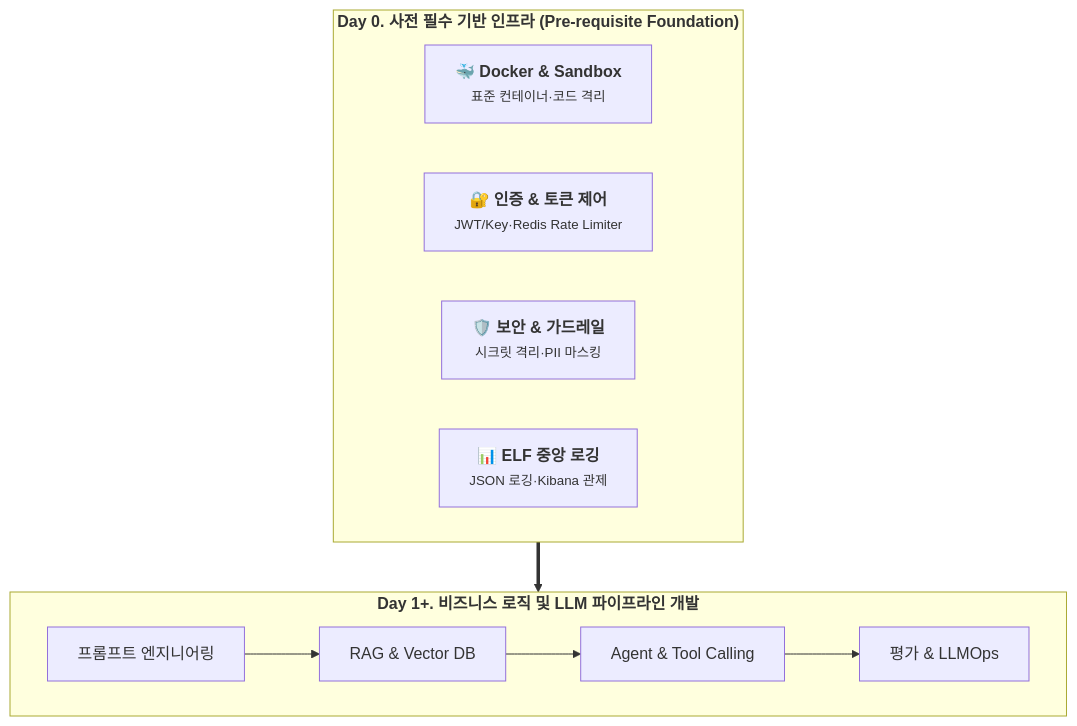
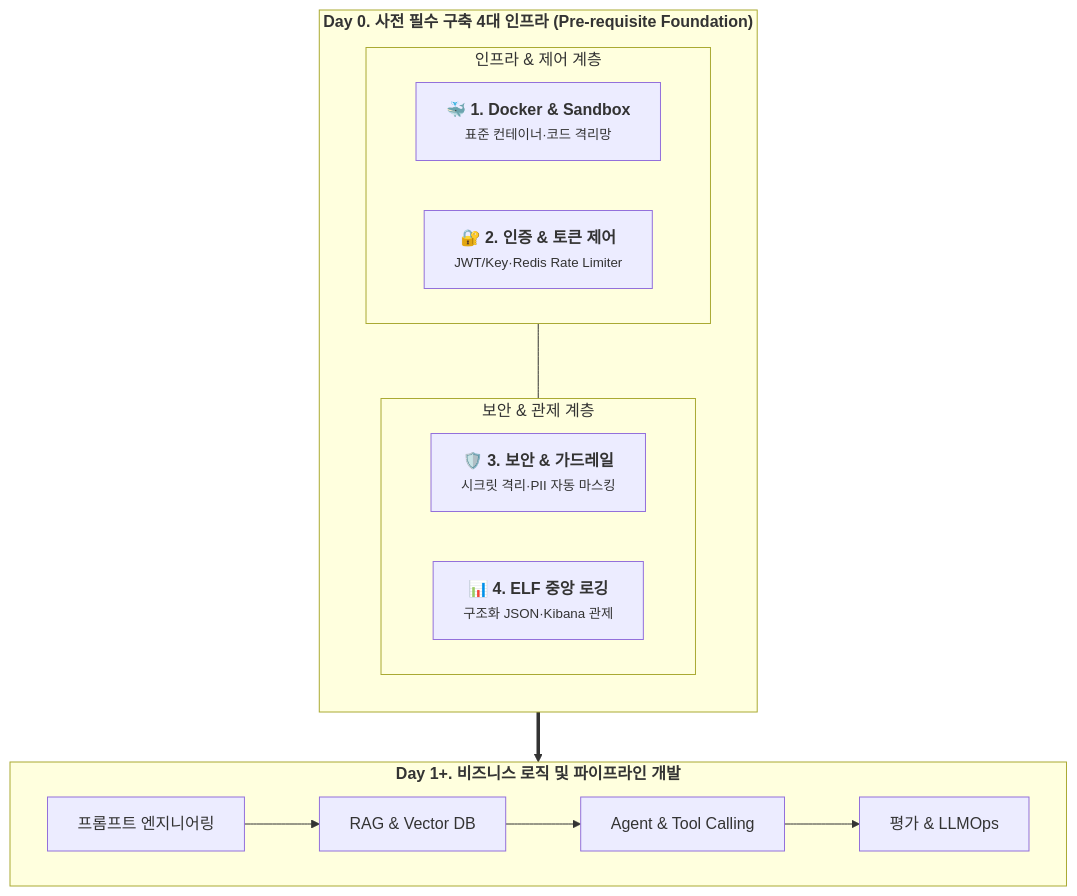
The first of 2 diagrams in llm_dev/templates/docs/llm-foundation-setup.md (DevDooly/llm-dev-cli), drawn with Mermaid before and after one commit. The commit also changed 9 other files, not shown here.

Commit message:
fix(docs): Mermaid 다이어그램 2단 멀티라인 레이아웃 개편 및 가시성/간격 최적화

````diff
--- a/llm_dev/templates/docs/llm-foundation-setup.md
+++ b/llm_dev/templates/docs/llm-foundation-setup.md
@@ -14,17 +14,24 @@
 ```mermaid
 flowchart TD
-    subgraph Day0 ["<b>Day 0. 사전 필수 기반 인프라 (Pre-requisite Foundation)</b>"]
-        direction LR
-        I1["🐳 <b>Docker & Sandbox</b><br><small>표준 컨테이너·코드 격리</small>"]
-        I2["🔐 <b>인증 & 토큰 제어</b><br><small>JWT/Key·Redis Rate Limiter</small>"]
-        I3["🛡️ <b>보안 & 가드레일</b><br><small>시크릿 격리·PII 마스킹</small>"]
-        I4["📊 <b>ELF 중앙 로깅</b><br><small>JSON 로깅·Kibana 관제</small>"]
+    subgraph Day0 ["<b>Day 0. 사전 필수 구축 4대 인프라 (Pre-requisite Foundation)</b>"]
+        direction TB
+        subgraph RowA ["인프라 & 제어 계층"]
+            direction LR
+            I1["🐳 <b>1. Docker & Sandbox</b><br><small>표준 컨테이너·코드 격리망</small>"]
+            I2["🔐 <b>2. 인증 & 토큰 제어</b><br><small>JWT/Key·Redis Rate Limiter</small>"]
+        end
+        subgraph RowB ["보안 & 관제 계층"]
+            direction LR
+            I3["🛡️ <b>3. 보안 & 가드레일</b><br><small>시크릿 격리·PII 자동 마스킹</small>"]
+            I4["📊 <b>4. ELF 중앙 로깅</b><br><small>구조화 JSON·Kibana 관제</small>"]
+        end
+        RowA --- RowB
     end
 
-    subgraph Day1 ["<b>Day 1+. 비즈니스 로직 및 LLM 파이프라인 개발</b>"]
+    subgraph Day1 ["<b>Day 1+. 비즈니스 로직 및 파이프라인 개발</b>"]
         direction LR
         L1["프롬프트 엔지니어링"] --> L2["RAG & Vector DB"] --> L3["Agent & Tool Calling"] --> L4["평가 & LLMOps"]
     end
 
     Day0 ==> Day1
 ```
````
